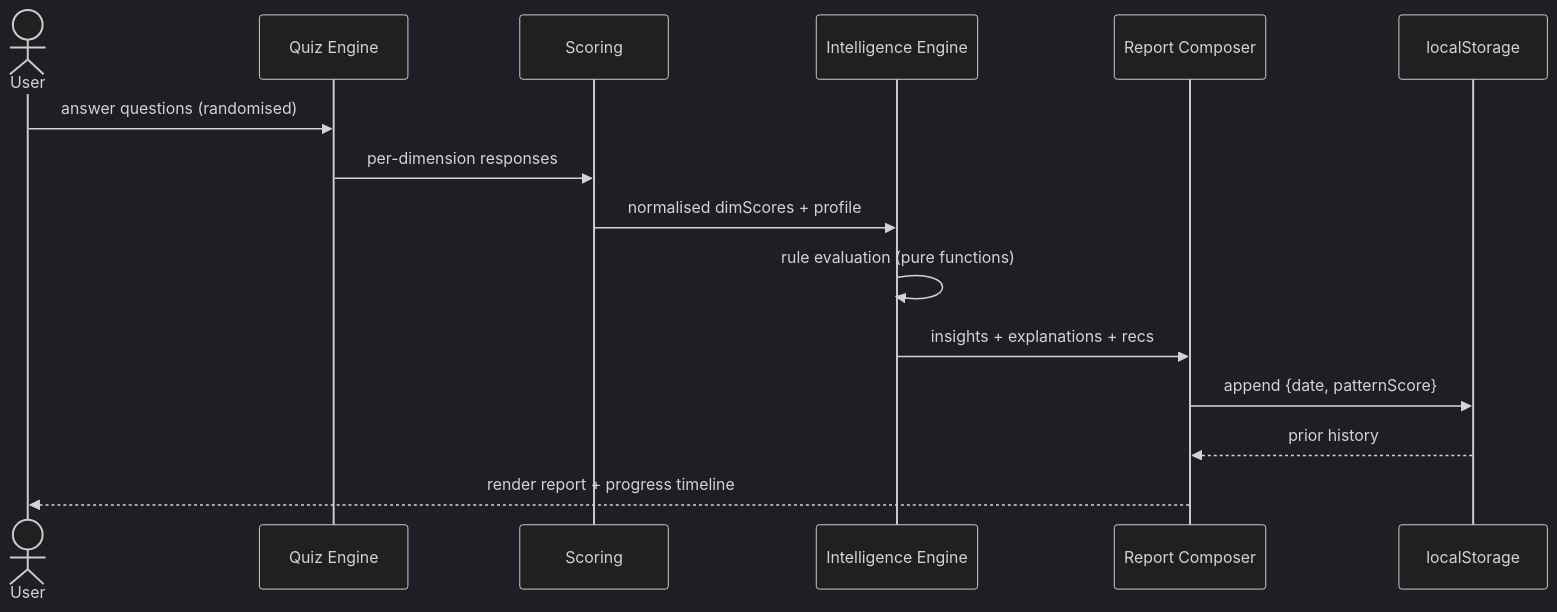
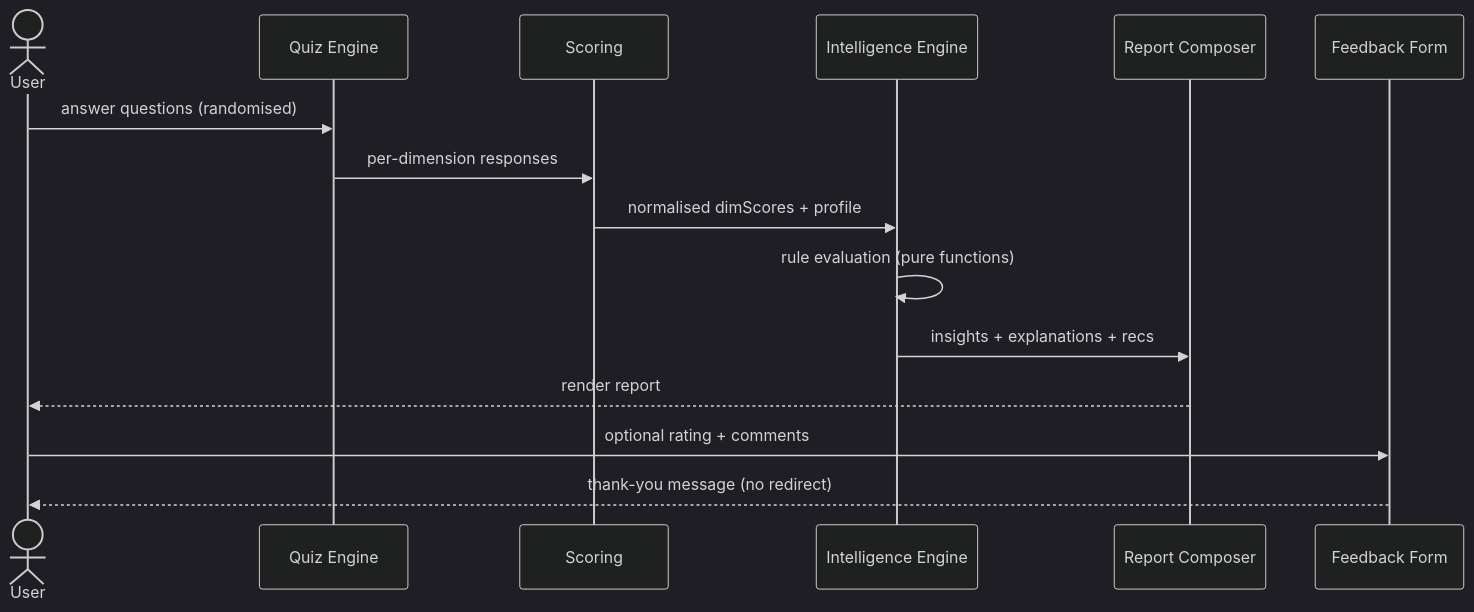
Before and after one commit to AntaraBarman/Project1: the third of 4 diagrams in docs/ARCHITECTURE.md, drawn with Mermaid (dark theme). The commit also changed other lines of this file and 3 other files, not shown here.

Commit message:
Update docs: feedback form, purple removal, progress-note removal (v1.5.0)

````diff
--- a/docs/ARCHITECTURE.md
+++ b/docs/ARCHITECTURE.md
@@ -85,18 +87,18 @@
 ```mermaid
 sequenceDiagram
   actor User
   participant Quiz as Quiz Engine
   participant Score as Scoring
   participant Engine as Intelligence Engine
   participant Report as Report Composer
-  participant Store as localStorage
+  participant FB as Feedback Form
 
   User->>Quiz: answer questions (randomised)
   Quiz->>Score: per-dimension responses
   Score->>Engine: normalised dimScores + profile
   Engine->>Engine: rule evaluation (pure functions)
   Engine->>Report: insights + explanations + recs
-  Report->>Store: append {date, patternScore}
-  Store-->>Report: prior history
-  Report-->>User: render report + progress timeline
+  Report-->>User: render report
+  User->>FB: optional rating + comments
+  FB-->>User: thank-you message (no redirect)
 ```
````
